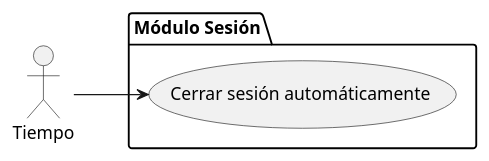
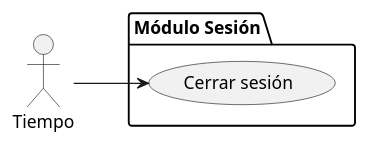
The diagram in documents/casos-de-uso/encontrarActoresYCasosDeUso/actoresYCasosDeUso-tiempo.puml (martinlopez7/25-26-IdSw1-SdR), drawn with PlantUML before and after one commit. The commit also changed 3 other files, not shown here.

```diff
--- a/documents/casos-de-uso/encontrarActoresYCasosDeUso/actoresYCasosDeUso-tiempo.puml
+++ b/documents/casos-de-uso/encontrarActoresYCasosDeUso/actoresYCasosDeUso-tiempo.puml
@@ -1,13 +1,13 @@
 @startuml actoresYCasosDeUso-tiempo
 
 left to right direction
 
 actor "Tiempo" as tiempo
 
 package "Módulo Sesión" {
-  usecase "Cerrar sesión automáticamente" as UC40
+  usecase "Cerrar sesión" as UC40
 }
 
 tiempo --> UC40
 
 @enduml
```
